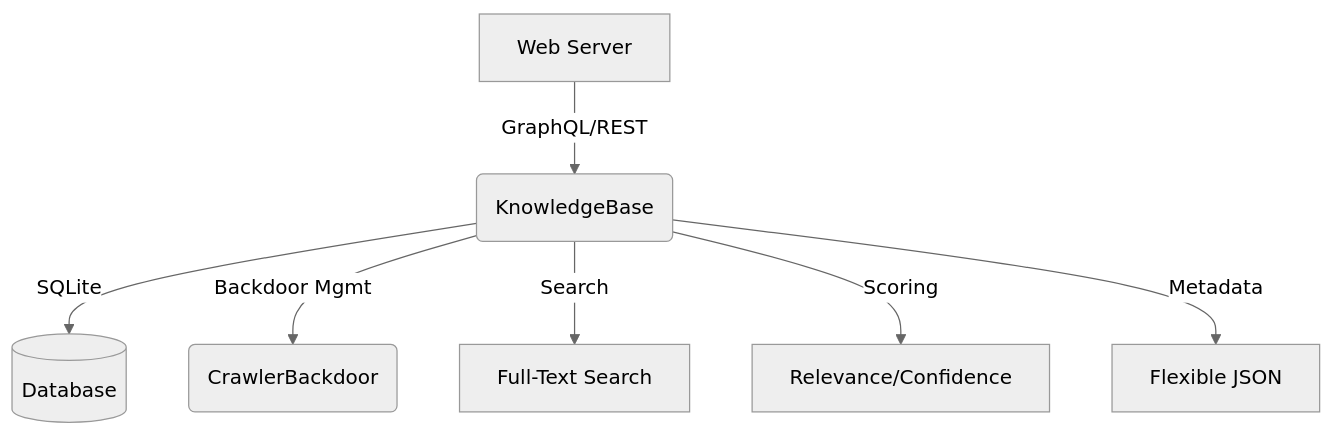
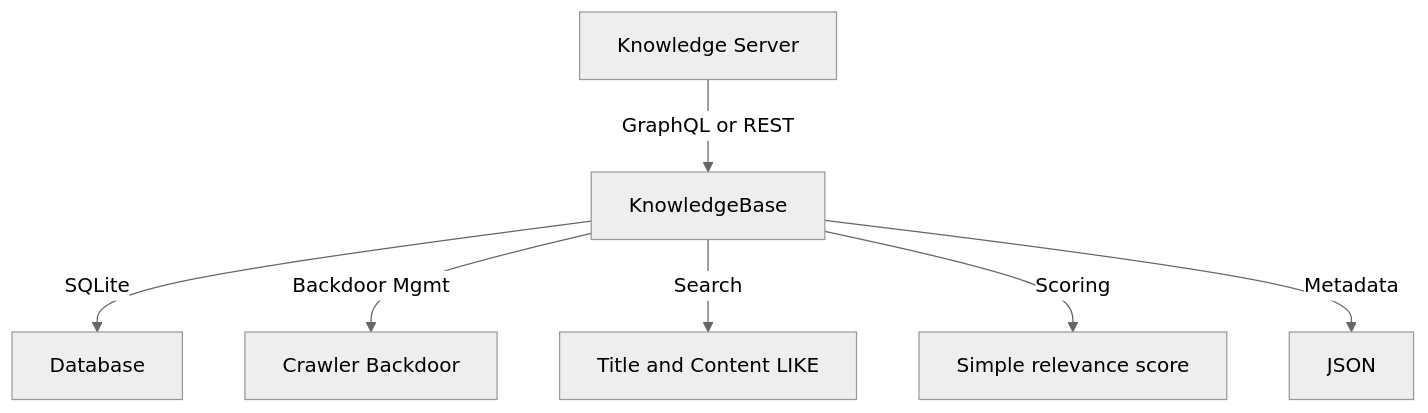
The diagram in docs/architecture/knowledge_base.md (elicharlese/ECE-AGENT), drawn with Mermaid (neutral theme) before and after one commit. The commit also changed other lines of this file and 99 other files, not shown here.

````diff
--- a/docs/architecture/knowledge_base.md
+++ b/docs/architecture/knowledge_base.md
@@ -3,9 +3,9 @@
 ```mermaid
 graph TD
-    A[Web Server] -->|GraphQL/REST| B(KnowledgeBase)
-    B -->|SQLite| C[(Database)]
-    B -->|Backdoor Mgmt| D(CrawlerBackdoor)
-    B -->|Search| E[Full-Text Search]
-    B -->|Scoring| F[Relevance/Confidence]
-    B -->|Metadata| G[Flexible JSON]
+    A[Knowledge Server] -->|GraphQL or REST| B[KnowledgeBase]
+    B -->|SQLite| C[Database]
+    B -->|Backdoor Mgmt| D[Crawler Backdoor]
+    B -->|Search| E[Title and Content LIKE]
+    B -->|Scoring| F[Simple relevance score]
+    B -->|Metadata| G[JSON]
 ```
````
